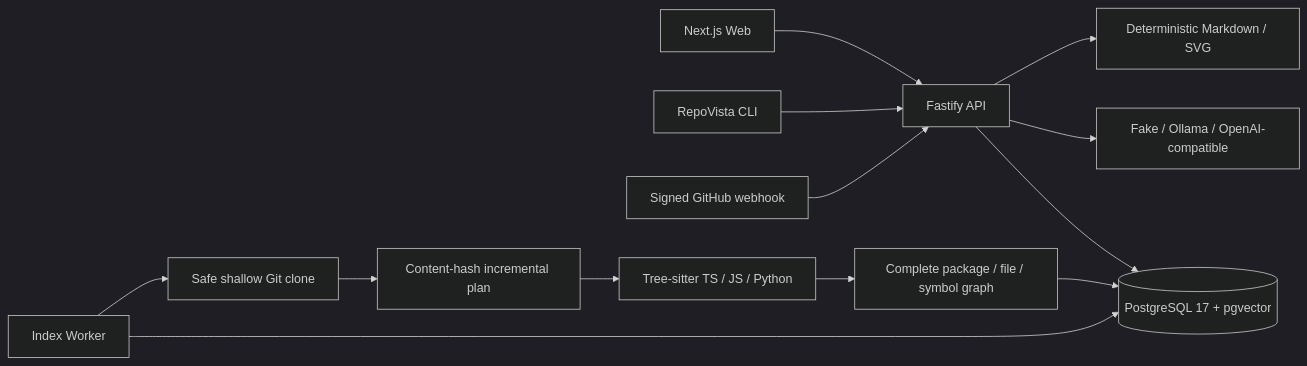
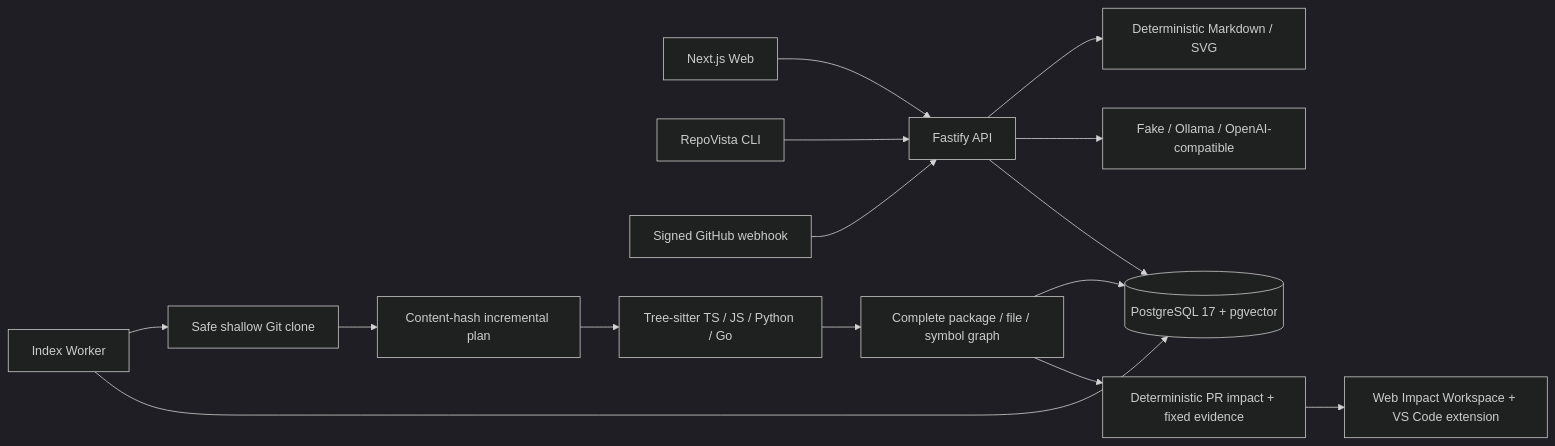
One commit to githubyangjiaxun/repovista changed the diagram in README.md. Above: the diagram before and after it, drawn with Mermaid (dark theme). The commit also changed other lines of this file and 29 other files, not shown here.

````diff
--- a/README.md
+++ b/README.md
@@ -124,15 +133,17 @@
 ```mermaid
 flowchart LR
     Browser[Next.js Web] --> API[Fastify API]
     CLI[RepoVista CLI] --> API
     GitHub[Signed GitHub webhook] --> API
     API --> PG[(PostgreSQL 17 + pgvector)]
     API --> Model[Fake / Ollama / OpenAI-compatible]
     API --> Export[Deterministic Markdown / SVG]
     Worker[Index Worker] --> PG
     Worker --> Git[Safe shallow Git clone]
     Git --> Plan[Content-hash incremental plan]
-    Plan --> Parser[Tree-sitter TS / JS / Python]
+    Plan --> Parser[Tree-sitter TS / JS / Python / Go]
     Parser --> Graph[Complete package / file / symbol graph]
+    Graph --> Impact[Deterministic PR impact + fixed evidence]
+    Impact --> Editor[Web Impact Workspace + VS Code extension]
     Graph --> PG
 ```
````
